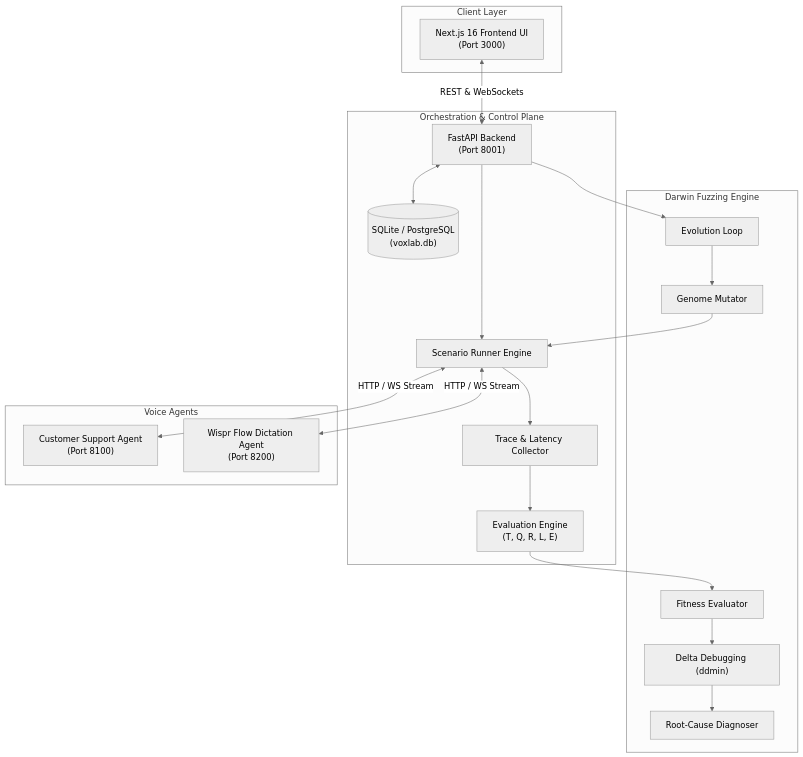
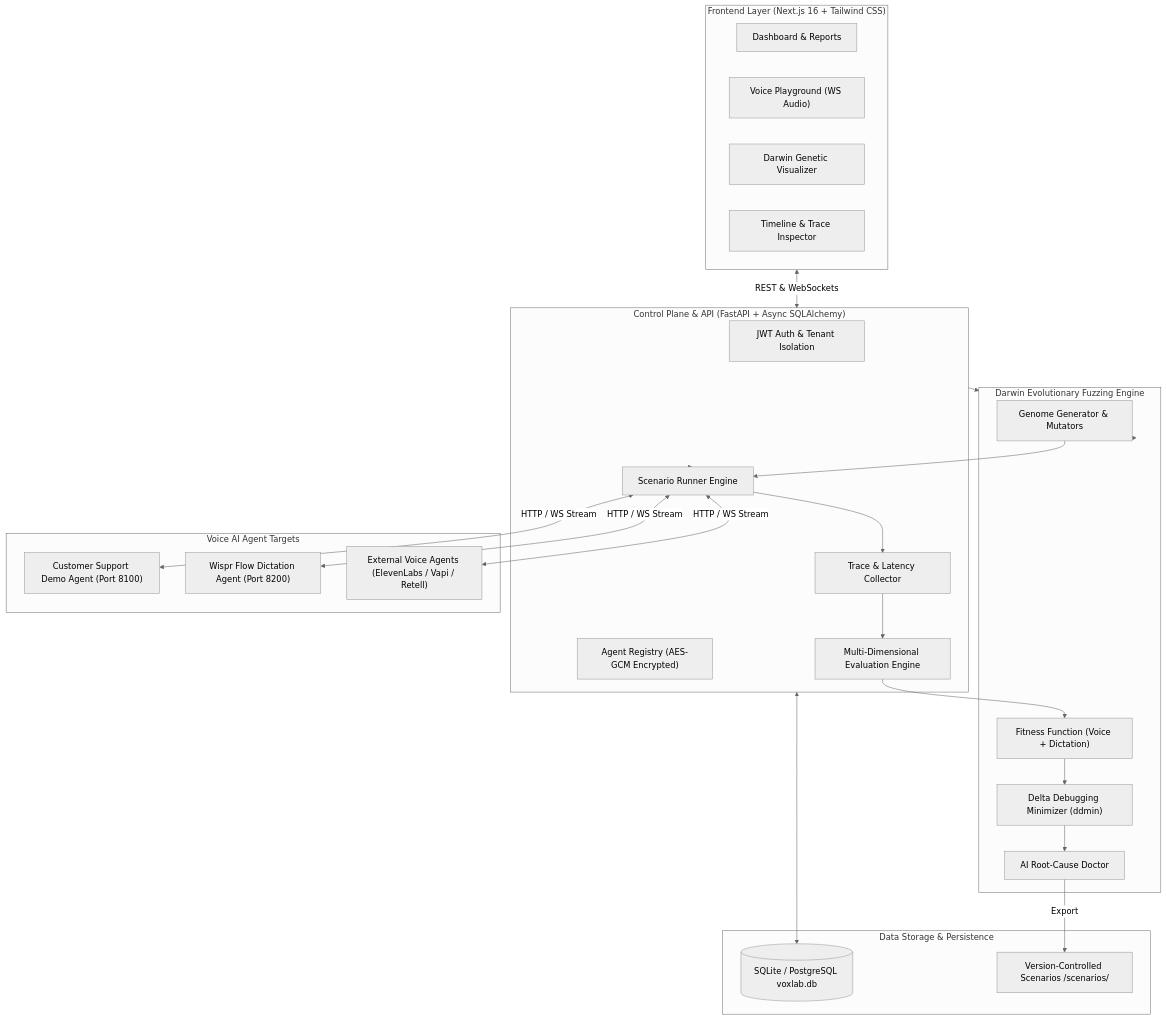
The third of 3 diagrams in README.md (SUBHA22-CODER/voxlab), drawn with Mermaid (neutral theme) before and after one commit. The commit also changed other lines of this file and 11 other files, not shown here.

Commit message:
docs: redesign VoxLab README with product screenshots and architecture

````diff
--- a/README.md
+++ b/README.md
@@ -34,38 +160,47 @@
 ```mermaid
 flowchart TD
-    subgraph Client Layer
-        UI["Next.js 16 Frontend UI<br/>(Port 3000)"]
+    subgraph UI["Frontend Layer (Next.js 16 + Tailwind CSS)"]
+        DASH["Dashboard & Reports"]
+        PLAY["Voice Playground (WS Audio)"]
+        DARW_UI["Darwin Genetic Visualizer"]
+        TRACE_UI["Timeline & Trace Inspector"]
     end
 
-    subgraph Orchestration & Control Plane
-        API["FastAPI Backend<br/>(Port 8001)"]
-        DB[("SQLite / PostgreSQL<br/>(voxlab.db)")]
+    subgraph CORE["Control Plane & API (FastAPI + Async SQLAlchemy)"]
+        AUTH["JWT Auth & Tenant Isolation"]
+        AGENTS["Agent Registry (AES-GCM Encrypted)"]
         SR["Scenario Runner Engine"]
         TR["Trace & Latency Collector"]
-        EVAL["Evaluation Engine<br/>(T, Q, R, L, E)"]
+        EVAL["Multi-Dimensional Evaluation Engine"]
     end
 
-    subgraph Darwin Fuzzing Engine
-        DARWIN["Evolution Loop"]
-        GEN["Genome Mutator"]
-        FIT["Fitness Evaluator"]
-        DDMIN["Delta Debugging (ddmin)"]
-        DIAG["Root-Cause Diagnoser"]
+    subgraph DARWIN_SYS["Darwin Evolutionary Fuzzing Engine"]
+        GEN_MUT["Genome Generator & Mutators"]
+        FIT_EVAL["Fitness Function (Voice + Dictation)"]
+        DDMIN["Delta Debugging Minimizer (ddmin)"]
+        DIAG["AI Root-Cause Doctor"]
     end
 
-    subgraph Voice Agents
-        DEMO1["Customer Support Agent<br/>(Port 8100)"]
-        DEMO2["Wispr Flow Dictation Agent<br/>(Port 8200)"]
+    subgraph TARGETS["Voice AI Agent Targets"]
+        CUST_AGENT["Customer Support Demo Agent (Port 8100)"]
+        DICT_AGENT["Wispr Flow Dictation Agent (Port 8200)"]
+        EXT_AGENT["External Voice Agents (ElevenLabs / Vapi / Retell)"]
     end
 
-    UI <-->|REST & WebSockets| API
-    API <--> DB
-    API --> SR
-    SR <-->|HTTP / WS Stream| DEMO1
-    SR <-->|HTTP / WS Stream| DEMO2
+    subgraph STORE["Data Storage & Persistence"]
+        DB[("SQLite / PostgreSQL voxlab.db")]
+        REG_DIR["Version-Controlled Scenarios /scenarios/"]
+    end
+
+    UI <-->|REST & WebSockets| CORE
+    CORE <--> DB
+    CORE --> SR
+    SR <-->|HTTP / WS Stream| CUST_AGENT
+    SR <-->|HTTP / WS Stream| DICT_AGENT
+    SR <-->|HTTP / WS Stream| EXT_AGENT
     SR --> TR --> EVAL
-    
-    API --> DARWIN
-    DARWIN --> GEN --> SR
-    EVAL --> FIT --> DDMIN --> DIAG
+    CORE --> DARWIN_SYS
+    DARWIN_SYS --> GEN_MUT --> SR
+    EVAL --> FIT_EVAL --> DDMIN --> DIAG
+    DIAG -->|Export| REG_DIR
 ```
````
